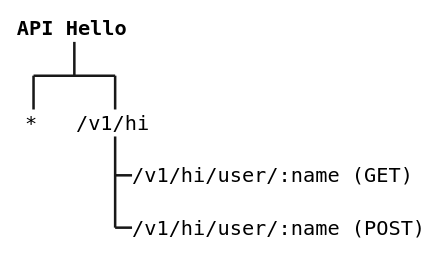
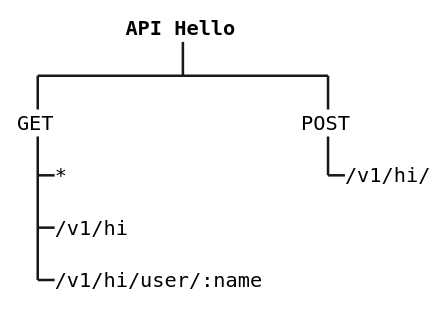
Before and after one commit to jbroberto76/pw1: the diagram in pw1_aula13_api_usage.md, drawn with PlantUML. The commit also changed other lines of this file and 2 other files, not shown here.

````diff
--- a/pw1_aula13_api_usage.md
+++ b/pw1_aula13_api_usage.md
@@ -215,9 +212,11 @@
 ```plantuml
 @startwbs
 *_ ""**API Hello**""
-**_ ""*""
-**_ ""/v1/hi""
-***_ ""/v1/hi/user/:name (GET)""
-***_ ""/v1/hi/user/:name (POST)""
+**_ ""GET""
+***_ ""*""
+***_ ""/v1/hi""
+***_ ""/v1/hi/user/:name""
+**_ ""POST""
+***_ ""/v1/hi/""
 @endwbs
 ```
````
